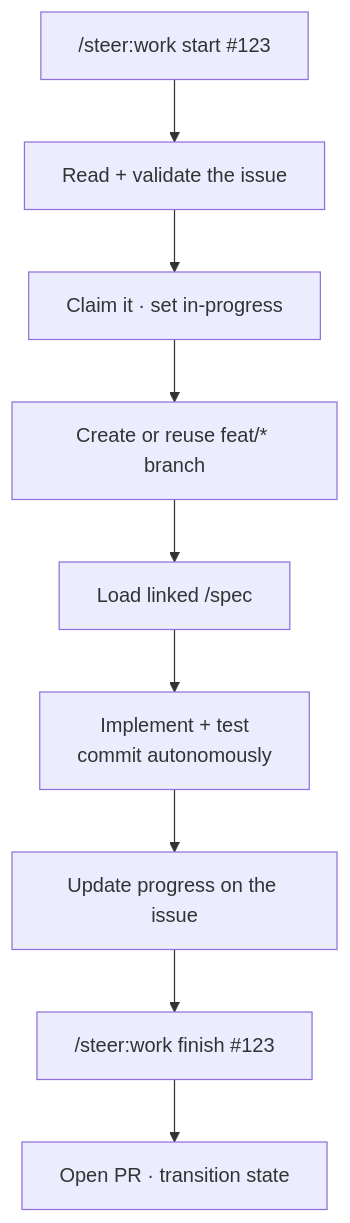
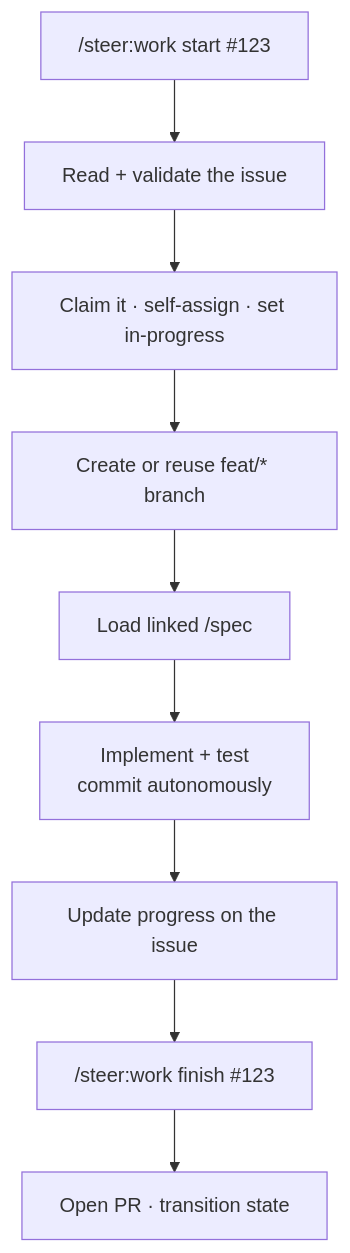
The diagram in docs/workflows/work.md (element22llc/e22-plugins), drawn with Mermaid before and after one commit. The commit also changed other lines of this file and 2 other files, not shown here.

Commit message:
release(steer): 2.6.0
Cut the 2.6.0 release: rename CHANGELOG [Unreleased] → 2.6.0 and bump
plugin.json. Reconcile docs/workflows/work.md to note that `start` claims
by self-assigning the invoking GitHub user.

````diff
--- a/docs/workflows/work.md
+++ b/docs/workflows/work.md
@@ -14,11 +14,11 @@
 ```mermaid
 flowchart TD
     START["/steer:work start #123"] --> VALIDATE[Read + validate the issue]
-    VALIDATE --> CLAIM[Claim it · set in-progress]
+    VALIDATE --> CLAIM[Claim it · self-assign · set in-progress]
     CLAIM --> BRANCH[Create or reuse feat/* branch]
     BRANCH --> SPEC[Load linked /spec]
     SPEC --> IMPL[Implement + test<br/>commit autonomously]
     IMPL --> PROGRESS[Update progress on the issue]
     PROGRESS --> FINISH["/steer:work finish #123"]
     FINISH --> PR[Open PR · transition state]
 ```
````
